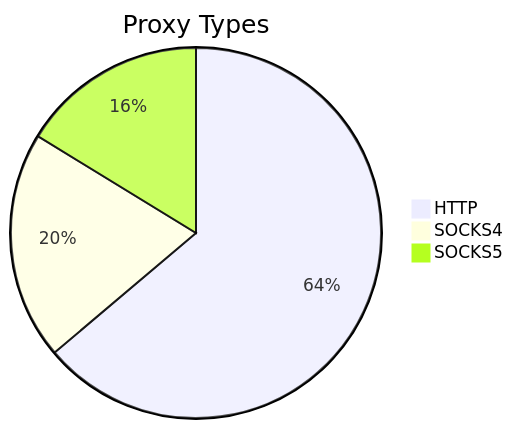
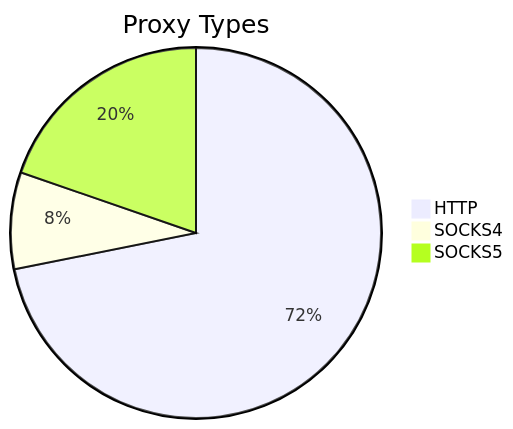
One commit to stormsia/proxy-list changed the first of 2 diagrams in README.md. Above: the diagram before and after it, drawn with Mermaid. The commit also changed other lines of this file, not shown here.

````diff
--- a/README.md
+++ b/README.md
@@ -21,6 +21,6 @@
 ```mermaid
 pie title Proxy Types
-    "HTTP" : 593
-    "SOCKS4" : 185
-    "SOCKS5" : 151
+    "HTTP" : 383
+    "SOCKS4" : 45
+    "SOCKS5" : 105
 ```
````
